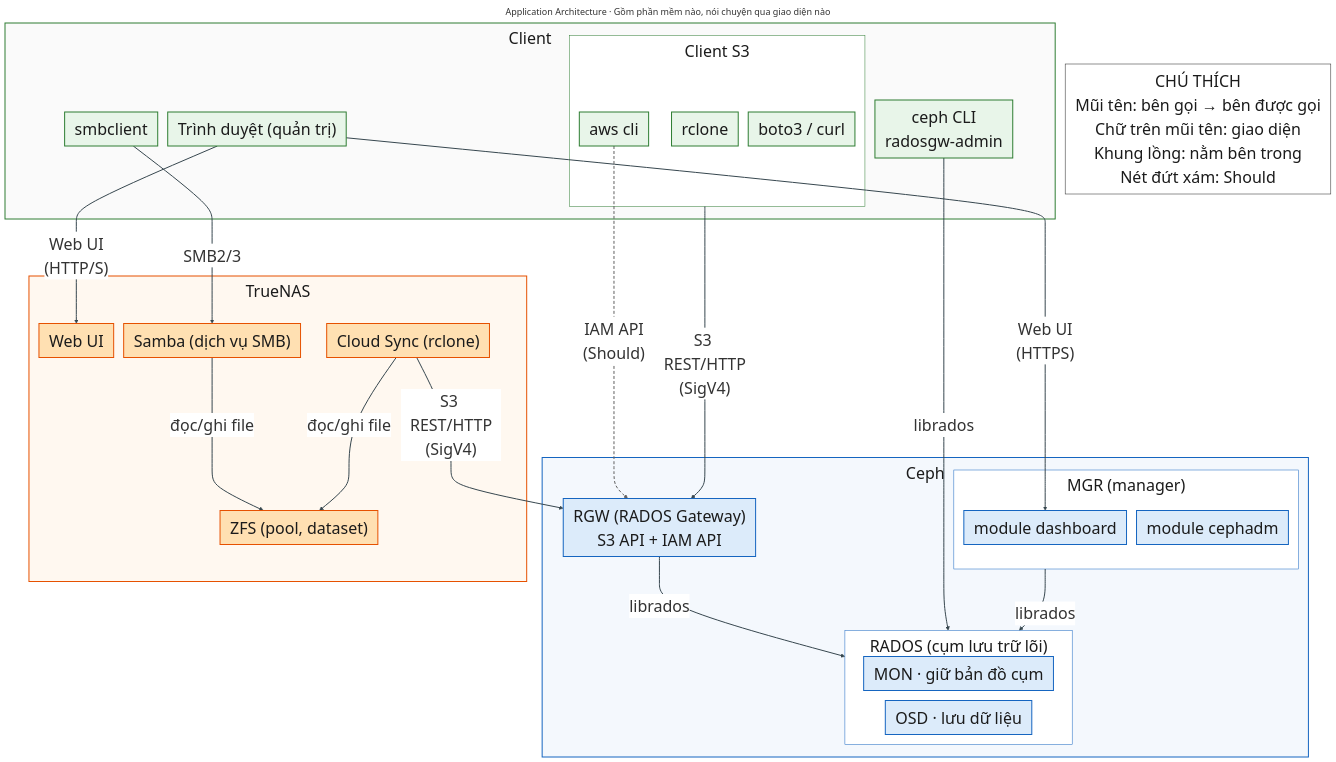
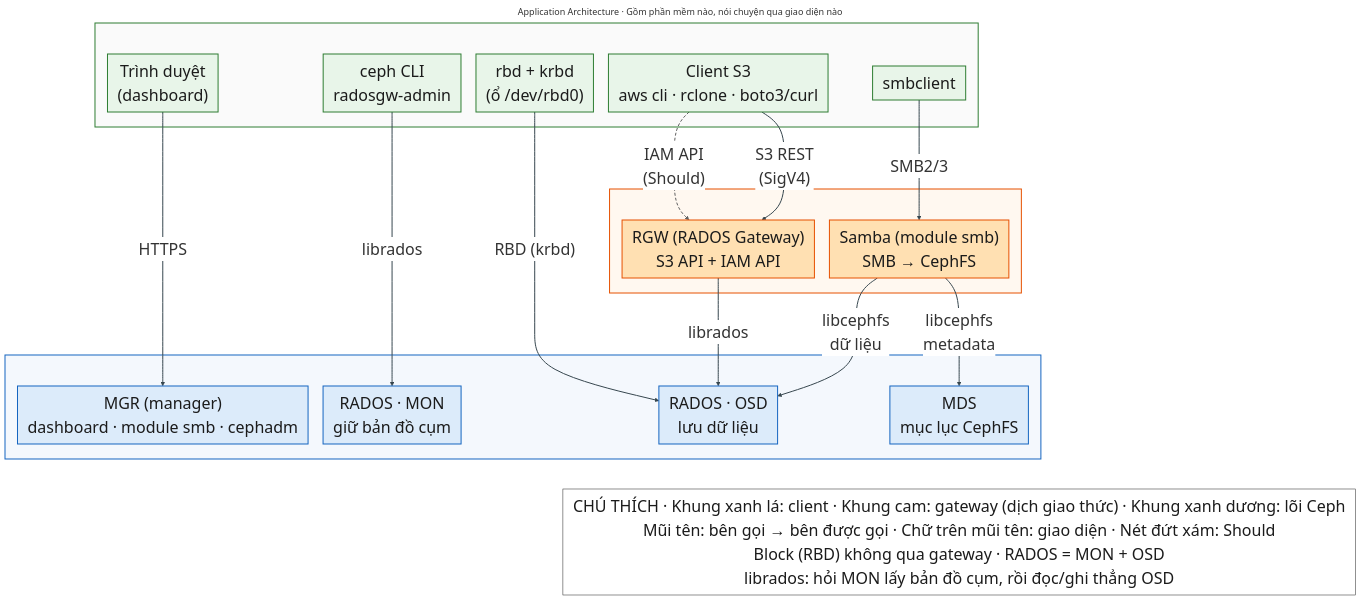
One commit to HDungg925/Project changed the diagram in NT132-P2-kien-truc/slide07-application.mmd. Above: the diagram before and after it, drawn with Mermaid. The commit also changed 11 other files, not shown here.

Commit message:
Bo TrueNAS

```diff
--- a/NT132-P2-kien-truc/slide07-application.mmd
+++ b/NT132-P2-kien-truc/slide07-application.mmd
@@ -1,74 +1,72 @@
 ---
 title: "Application Architecture · Gồm phần mềm nào, nói chuyện qua giao diện nào"
+config:
+  layout: dagre
+  theme: base
+  themeVariables: {"fontSize": "32px", "fontFamily": "Arial, Helvetica, sans-serif", "lineColor": "#37474F", "edgeLabelBackground": "#FFFFFF"}
+  themeCSS: ".flowchartTitleText { font-size: 42px; font-weight: bold; } .edgeLabel div { max-width: none !important; white-space: nowrap !important; }"
+  flowchart: {"curve": "basis", "wrappingWidth": 1600, "nodeSpacing": 30, "rankSpacing": 60, "padding": 10, "subGraphTitleMargin": {"top": 6, "bottom": 26}}
 ---
-%%{init: {"theme": "base", "themeVariables": {"fontSize": "32px", "fontFamily": "Arial, Helvetica, sans-serif", "lineColor": "#37474F", "edgeLabelBackground": "#FFFFFF"}, "themeCSS": ".flowchartTitleText { font-size: 42px; font-weight: bold; } .edgeLabel div { max-width: none !important; white-space: nowrap !important; }", "flowchart": {"curve": "basis", "wrappingWidth": 650, "nodeSpacing": 20, "rankSpacing": 50, "padding": 10, "subGraphTitleMargin": {"top": 6, "bottom": 26}}}}%%
 flowchart TB
-    %% ===== BẢNG MÀU CHUNG (giữ nguyên như slide 6) =====
+    %% ===== BẢNG MÀU CHUNG v3 (giữ nguyên như slide 6) =====
     classDef client  fill:#E8F5E9,stroke:#2E7D32,stroke-width:2px,color:#1B1B1B
-    classDef truenas fill:#FFE0B2,stroke:#E65100,stroke-width:2px,color:#1B1B1B
+    classDef gateway fill:#FFE0B2,stroke:#E65100,stroke-width:2px,color:#1B1B1B
     classDef ceph    fill:#DCEBFA,stroke:#1565C0,stroke-width:2px,color:#1B1B1B
     classDef infra   fill:#EDE7F6,stroke:#4527A0,stroke-width:2px,color:#1B1B1B
     classDef should  fill:#F5F5F5,stroke:#616161,stroke-width:2px,stroke-dasharray:6 4,color:#424242
     classDef note    fill:#FFFFFF,stroke:#212121,stroke-width:1px,color:#1B1B1B
 
-    %% ===== CLIENT =====
-    subgraph CLI["Client"]
+    %% Bố cục 04/11 (theo góp ý: bớt rối, đường thẳng, lõi Ceph sát 2 tầng trên, chú thích nằm ngang ở dưới):
+    %% - 3 khung KHÔNG ghi tiêu đề là CỐ Ý: tiêu đề khung nằm giữa, bị đường RBD và S3 chạy đè lên.
+    %%   Nghĩa của từng khung ghi ở dòng đầu chú thích.
+    %% - Thứ tự khai báo client (trái → phải) là CỐ Ý: mỗi client đứng gần ngay trên đích của nó.
+    %% - Không vẽ MDS → RADOS và MGR → RADOS (thêm 1 tầng, làm lõi Ceph xa ra); ghi trong T5.2.
+
+    %% ===== TẦNG 1: CLIENT (khung xanh lá) =====
+    subgraph CLI[" "]
+        C_WEB["Trình duyệt<br/>(dashboard)"]
+        C_ADM["ceph CLI<br/>radosgw-admin"]
+        C_RBD["rbd + krbd<br/>(ổ /dev/rbd0)"]
+        C_S3["Client S3<br/>aws cli · rclone · boto3/curl"]
         C_SMB["smbclient"]
-        C_WEB["Trình duyệt (quản trị)"]
-        subgraph S3CLI["Client S3"]
-            C_AWS["aws cli"]
-            C_RCL["rclone"]
-            C_PY["boto3 / curl"]
-        end
-        C_ADM["ceph CLI<br/>radosgw-admin"]
     end
 
-    %% ===== CEPH =====
-    subgraph CEPH["Ceph"]
-        R_RGW["RGW (RADOS Gateway)<br/>S3 API + IAM API"]
-        subgraph MGR["MGR (manager)"]
-            M_DASH["module dashboard"]
-            M_ORCH["module cephadm"]
-        end
-        subgraph RADOS["RADOS (cụm lưu trữ lõi)"]
-            D_MON["MON · giữ bản đồ cụm"]
-            D_OSD["OSD · lưu dữ liệu"]
-        end
+    %% ===== TẦNG 2: GATEWAY, dịch giao thức (khung cam) =====
+    subgraph GW[" "]
+        G_SMB["Samba (module smb)<br/>SMB → CephFS"]
+        G_RGW["RGW (RADOS Gateway)<br/>S3 API + IAM API"]
     end
 
-    %% ===== TRUENAS =====
-    subgraph TN["TrueNAS"]
-        T_UI["Web UI"]
-        T_SMB["Samba (dịch vụ SMB)"]
-        T_CS["Cloud Sync (rclone)"]
-        T_ZFS["ZFS (pool, dataset)"]
+    %% ===== TẦNG 3: LÕI CEPH (khung xanh dương) =====
+    subgraph CEPH[" "]
+        D_MDS["MDS<br/>mục lục CephFS"]
+        D_MON["RADOS · MON<br/>giữ bản đồ cụm"]
+        D_OSD["RADOS · OSD<br/>lưu dữ liệu"]
+        M_MGR["MGR (manager)<br/>dashboard · module smb · cephadm"]
     end
 
-    LEG["CHÚ THÍCH<br/>Mũi tên: bên gọi → bên được gọi<br/>Chữ trên mũi tên: giao diện<br/>Khung lồng: nằm bên trong<br/>Nét đứt xám: Should"]
+    LEG["CHÚ THÍCH · Khung xanh lá: client · Khung cam: gateway (dịch giao thức) · Khung xanh dương: lõi Ceph<br/>Mũi tên: bên gọi → bên được gọi · Chữ trên mũi tên: giao diện · Nét đứt xám: Should<br/>Block (RBD) không qua gateway · RADOS = MON + OSD<br/>librados: hỏi MON lấy bản đồ cụm, rồi đọc/ghi thẳng OSD"]
 
     %% ===== GIAO DIỆN (thứ tự dòng = số trong linkStyle) =====
-    C_SMB -->|"SMB2/3"| T_SMB
-    C_WEB -->|"Web UI<br/>(HTTP/S)"| T_UI
-    T_SMB -->|"đọc/ghi file"| T_ZFS
-    T_CS -->|"đọc/ghi file"| T_ZFS
-    T_CS -->|"S3 REST/HTTP<br/>(SigV4)"| R_RGW
-    S3CLI -->|"S3 REST/HTTP<br/>(SigV4)"| R_RGW
-    C_AWS -.->|"IAM API<br/>(Should)"| R_RGW
-    C_WEB -->|"Web UI<br/>(HTTPS)"| M_DASH
-    R_RGW -->|"librados"| RADOS
-    C_ADM -->|"librados"| RADOS
-    MGR -->|"librados"| RADOS
+    C_SMB -->|"SMB2/3"| G_SMB
+    C_S3 -->|"S3 REST<br/>(SigV4)"| G_RGW
+    C_S3 -.->|"IAM API<br/>(Should)"| G_RGW
+    G_SMB -->|"libcephfs<br/>metadata"| D_MDS
+    G_SMB -->|"libcephfs<br/>dữ liệu"| D_OSD
+    C_RBD -->|"RBD (krbd)"| D_OSD
+    G_RGW -->|"librados"| D_OSD
+    C_ADM -->|"librados"| D_MON
+    C_WEB -->|"HTTPS"| M_MGR
+    %% Liên kết ẩn: chỉ để đặt chú thích xuống dưới khung lõi Ceph
+    CEPH ~~~ LEG
 
-    linkStyle 0,1,2,3,4,5,7,8,9,10 stroke:#37474F,stroke-width:2px
-    linkStyle 6 stroke:#616161,stroke-width:2px,stroke-dasharray:6 4
+    linkStyle 0,1,3,4,5,6,7,8 stroke:#37474F,stroke-width:2px
+    linkStyle 2 stroke:#616161,stroke-width:2px,stroke-dasharray:6 4
 
-    class C_SMB,C_AWS,C_RCL,C_PY,C_WEB,C_ADM client
-    class T_UI,T_SMB,T_CS,T_ZFS truenas
-    class R_RGW,M_DASH,M_ORCH,D_MON,D_OSD ceph
+    class C_SMB,C_RBD,C_S3,C_WEB,C_ADM client
+    class G_SMB,G_RGW gateway
+    class M_MGR,D_MDS,D_MON,D_OSD ceph
     class LEG note
     style CLI fill:#FAFAFA,stroke:#2E7D32,stroke-width:2px,color:#1B1B1B
-    style S3CLI fill:#FFFFFF,stroke:#2E7D32,stroke-width:1px,color:#1B1B1B
-    style TN fill:#FFF8F0,stroke:#E65100,stroke-width:2px,color:#1B1B1B
+    style GW fill:#FFF8F0,stroke:#E65100,stroke-width:2px,color:#1B1B1B
     style CEPH fill:#F4F8FD,stroke:#1565C0,stroke-width:2px,color:#1B1B1B
-    style MGR fill:#FFFFFF,stroke:#1565C0,stroke-width:1px,color:#1B1B1B
-    style RADOS fill:#FFFFFF,stroke:#1565C0,stroke-width:1px,color:#1B1B1B
```
